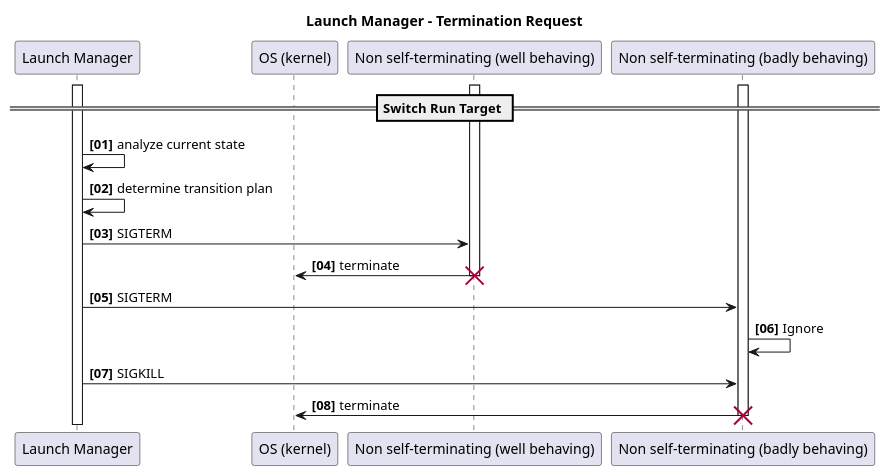
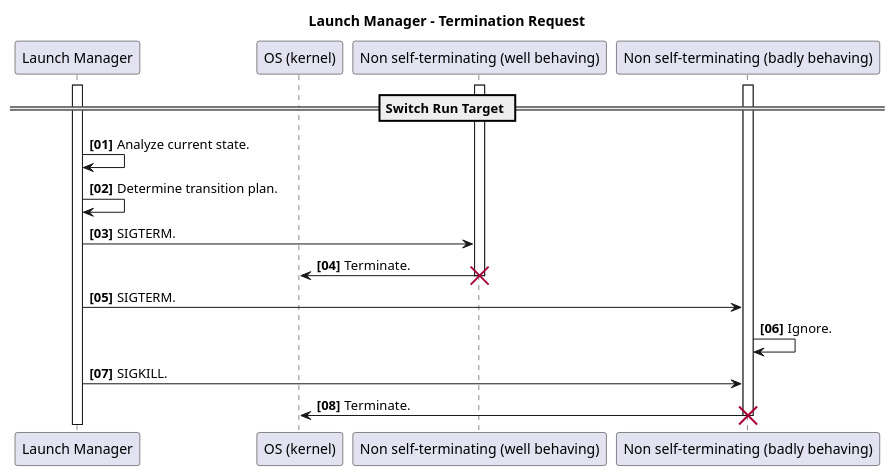
The diagram in docs/features/lifecycle/architecture/_assets/launch_manager_terminate_request.puml (eclipse-score/lifecycle), drawn with PlantUML before and after one commit. The commit also changed 11 other files, not shown here.

```diff
--- a/docs/features/lifecycle/architecture/_assets/launch_manager_terminate_request.puml
+++ b/docs/features/lifecycle/architecture/_assets/launch_manager_terminate_request.puml
@@ -14,31 +14,31 @@
 @startuml
 title Launch Manager - Termination Request
 
 autonumber "<b>[00]"
 
 participant "Launch Manager" as LM
 participant "OS (kernel)" as kernel
 participant "Non self-terminating (well behaving)" as app1
 participant "Non self-terminating (badly behaving)" as app2
 
 activate LM
 activate app1
 activate app2
 
 == Switch Run Target ==
 
-LM -> LM: analyze current state
-LM -> LM: determine transition plan
+LM -> LM: Analyze current state.
+LM -> LM: Determine transition plan.
 
 
-LM -> app1: SIGTERM
-app1 -> kernel: terminate
+LM -> app1: SIGTERM.
+app1 -> kernel: Terminate.
 destroy app1
 
-LM -> app2: SIGTERM
-app2 -> app2: Ignore
-LM -> app2: SIGKILL
-app2 -> kernel: terminate
+LM -> app2: SIGTERM.
+app2 -> app2: Ignore.
+LM -> app2: SIGKILL.
+app2 -> kernel: Terminate.
 destroy app2
 
 @enduml
```
